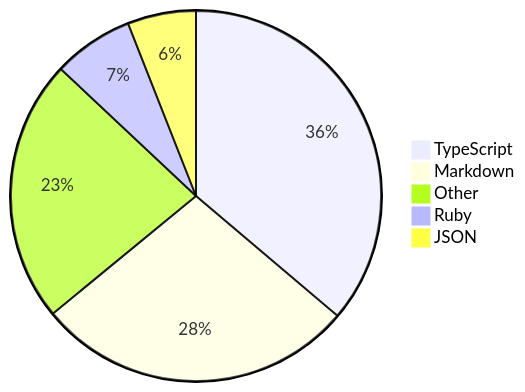
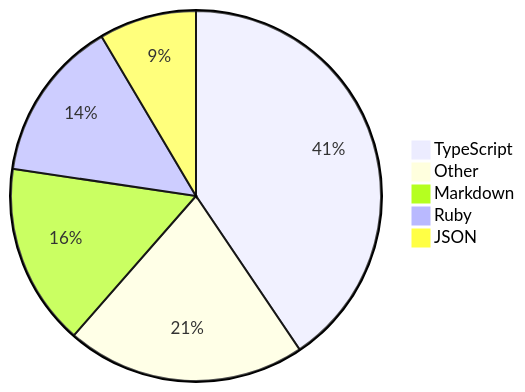
One commit to skvggor/skvggor changed the diagram in README.md. Above: the diagram before and after it, drawn with Mermaid.

Commit message:
Updated waka-readme graph with new metrics

````diff
--- a/README.md
+++ b/README.md
@@ -35,8 +35,8 @@
 ```mermaid
 pie
-    "TypeScript" : 30.9
-    "Markdown" : 23.8
-    "Other" : 19.6
-    "Ruby" : 6.0
-    "JSON" : 5.1
+    "TypeScript" : 32.4
+    "Other" : 16.7
+    "Markdown" : 12.7
+    "Ruby" : 11.3
+    "JSON" : 6.8
 ```
````
